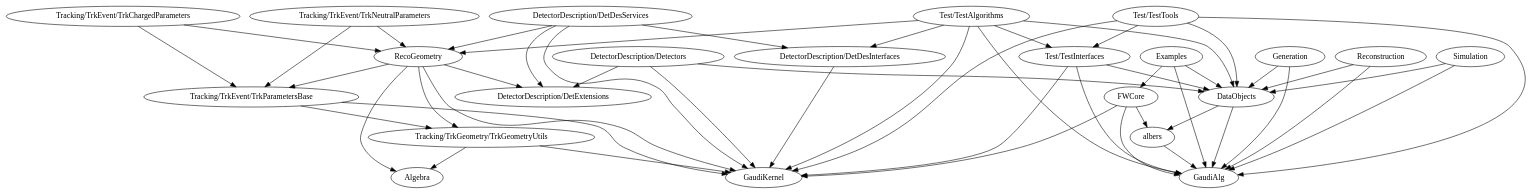
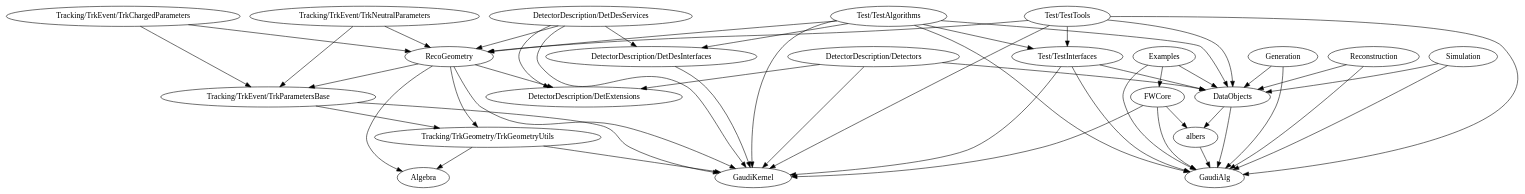
The diagram in build.x86_64-slc6-gcc48-opt/subdirs_deps.dot (HEP-FCC/FCCSW), drawn with Graphviz before and after one commit. The commit also changed 186 other files, not shown here.

```diff
--- a/build.x86_64-slc6-gcc48-opt/subdirs_deps.dot
+++ b/build.x86_64-slc6-gcc48-opt/subdirs_deps.dot
@@ -1,51 +1,52 @@
 digraph subdirs_deps {
 "albers" -> "GaudiAlg";
 "DataObjects" -> "GaudiAlg";
 "DataObjects" -> "albers";
 "Tracking/TrkGeometry/TrkGeometryUtils" -> "GaudiKernel";
 "Tracking/TrkGeometry/TrkGeometryUtils" -> "Algebra";
 "Tracking/TrkEvent/TrkParametersBase" -> "GaudiKernel";
 "Tracking/TrkEvent/TrkParametersBase" -> "Tracking/TrkGeometry/TrkGeometryUtils";
 "RecoGeometry" -> "Algebra";
 "RecoGeometry" -> "Tracking/TrkEvent/TrkParametersBase";
 "RecoGeometry" -> "Tracking/TrkGeometry/TrkGeometryUtils";
 "RecoGeometry" -> "DetectorDescription/DetExtensions";
 "RecoGeometry" -> "GaudiKernel";
 "DetectorDescription/DetDesInterfaces" -> "GaudiKernel";
 "DetectorDescription/DetDesServices" -> "GaudiKernel";
 "DetectorDescription/DetDesServices" -> "RecoGeometry";
 "DetectorDescription/DetDesServices" -> "DetectorDescription/DetDesInterfaces";
 "DetectorDescription/DetDesServices" -> "DetectorDescription/DetExtensions";
 "DetectorDescription/Detectors" -> "GaudiKernel";
 "DetectorDescription/Detectors" -> "DataObjects";
 "DetectorDescription/Detectors" -> "DetectorDescription/DetExtensions";
 "FWCore" -> "GaudiAlg";
 "FWCore" -> "GaudiKernel";
 "FWCore" -> "albers";
 "Examples" -> "GaudiAlg";
 "Examples" -> "DataObjects";
 "Examples" -> "FWCore";
 "Generation" -> "GaudiAlg";
 "Generation" -> "DataObjects";
 "Reconstruction" -> "GaudiAlg";
 "Reconstruction" -> "DataObjects";
 "Simulation" -> "GaudiAlg";
 "Simulation" -> "DataObjects";
 "Test/TestInterfaces" -> "GaudiAlg";
 "Test/TestInterfaces" -> "GaudiKernel";
 "Test/TestInterfaces" -> "DataObjects";
 "Test/TestAlgorithms" -> "GaudiAlg";
 "Test/TestAlgorithms" -> "GaudiKernel";
 "Test/TestAlgorithms" -> "DetectorDescription/DetDesInterfaces";
 "Test/TestAlgorithms" -> "Test/TestInterfaces";
 "Test/TestAlgorithms" -> "RecoGeometry";
 "Test/TestAlgorithms" -> "DataObjects";
 "Test/TestTools" -> "GaudiAlg";
 "Test/TestTools" -> "GaudiKernel";
 "Test/TestTools" -> "DataObjects";
 "Test/TestTools" -> "Test/TestInterfaces";
+"Test/TestTools" -> "RecoGeometry";
 "Tracking/TrkEvent/TrkChargedParameters" -> "Tracking/TrkEvent/TrkParametersBase";
 "Tracking/TrkEvent/TrkChargedParameters" -> "RecoGeometry";
 "Tracking/TrkEvent/TrkNeutralParameters" -> "Tracking/TrkEvent/TrkParametersBase";
 "Tracking/TrkEvent/TrkNeutralParameters" -> "RecoGeometry";
 }
```
